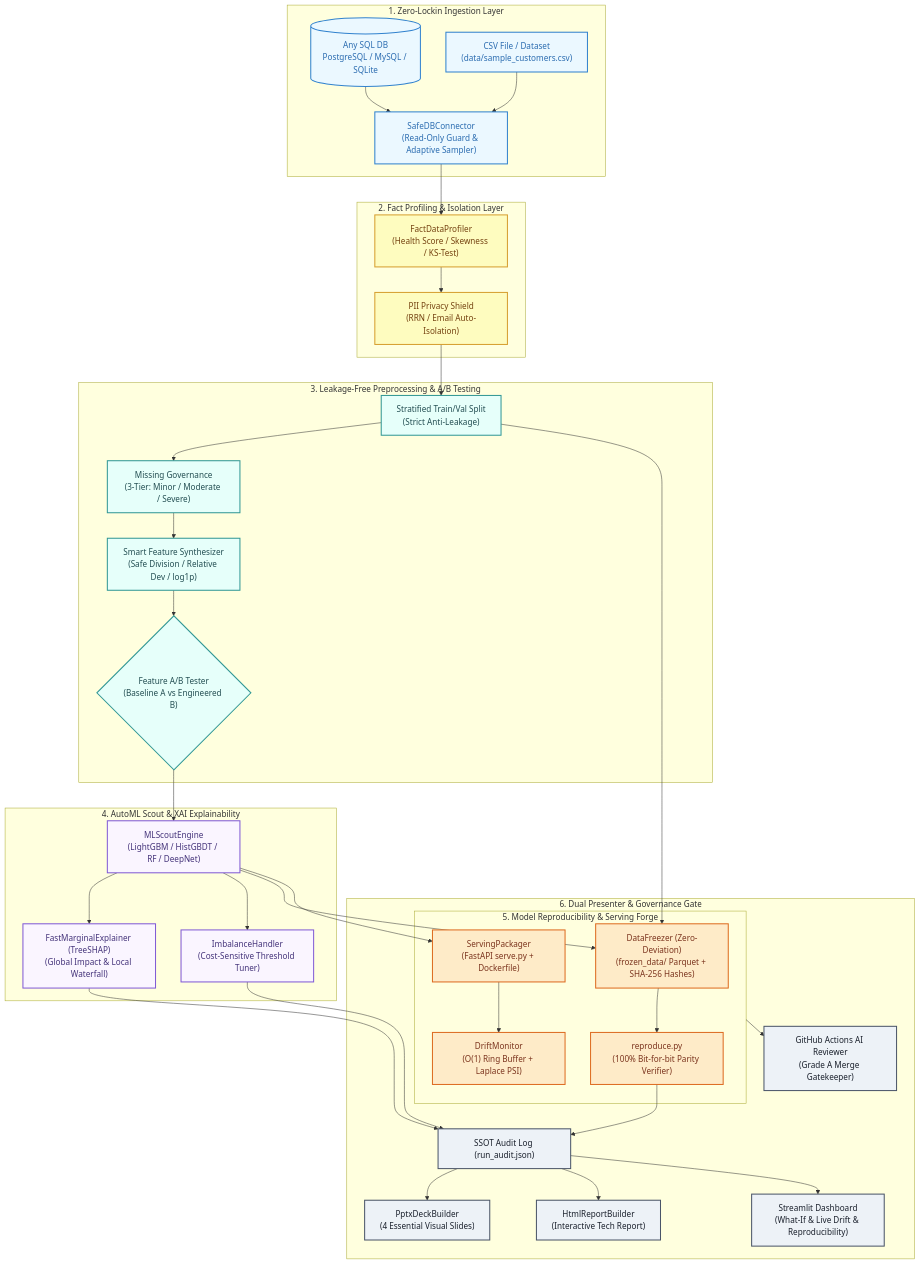
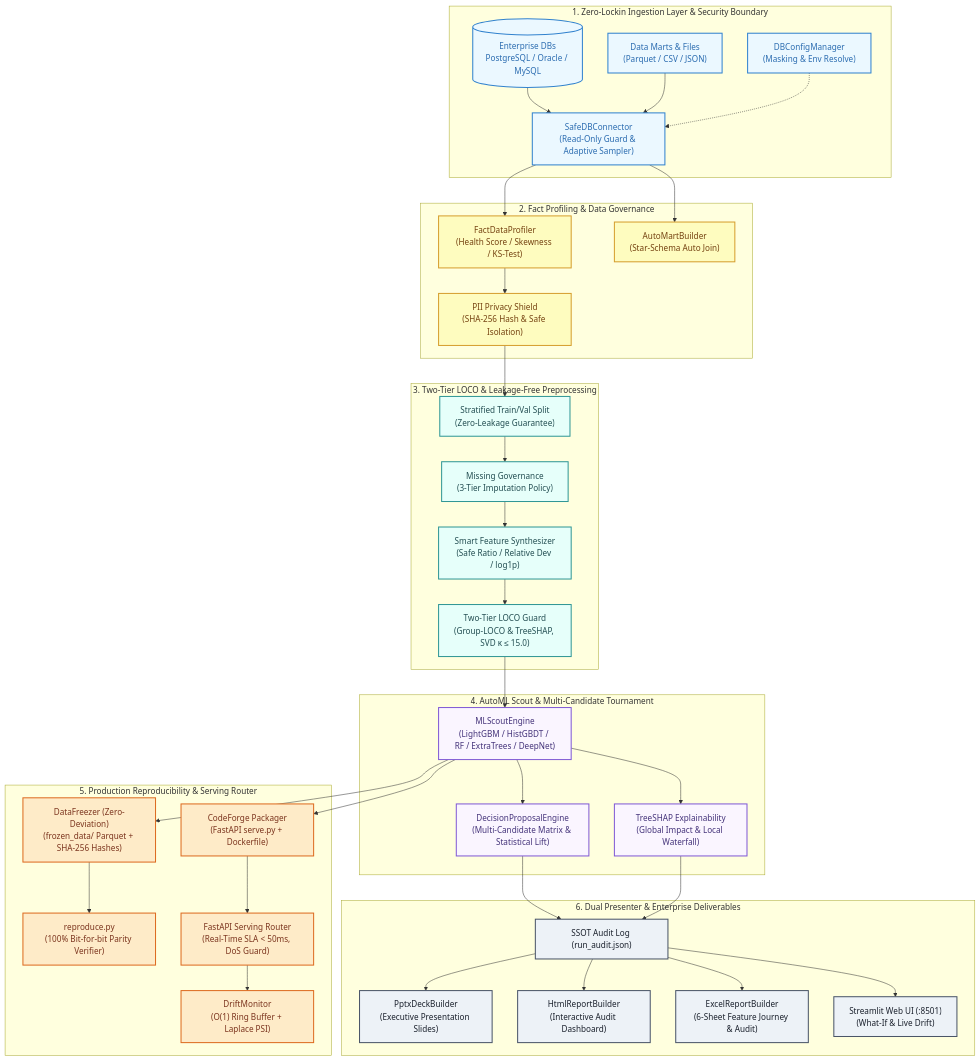
One commit to kc9302/auto-data-analyzer- changed the diagram in README.md. Above: the diagram before and after it, drawn with Mermaid. The commit also changed other lines of this file and 2 other files, not shown here.

Commit message:
docs: integrate archify enterprise architecture and interactive viewer into README

````diff
--- a/README.md
+++ b/README.md
@@ -14,54 +17,57 @@
 ```mermaid
 flowchart TB
-    subgraph L1 ["1. Zero-Lockin Ingestion Layer"]
-        DB[("Any SQL DB<br/>PostgreSQL / MySQL / SQLite")] --> SafeConn["SafeDBConnector<br/>(Read-Only Guard & Adaptive Sampler)"]
-        CSV["CSV File / Dataset<br/>(data/sample_customers.csv)"] --> SafeConn
+    subgraph Boundary1 ["1. Zero-Lockin Ingestion Layer & Security Boundary"]
+        DB[("Enterprise DBs<br/>PostgreSQL / Oracle / MySQL")] --> SafeConn["SafeDBConnector<br/>(Read-Only Guard & Adaptive Sampler)"]
+        CSV["Data Marts & Files<br/>(Parquet / CSV / JSON)"] --> SafeConn
+        Config["DBConfigManager<br/>(Masking & Env Resolve)"] -.-> SafeConn
     end
 
-    subgraph L2 ["2. Fact Profiling & Isolation Layer"]
+    subgraph Boundary2 ["2. Fact Profiling & Data Governance"]
         SafeConn --> Profiler["FactDataProfiler<br/>(Health Score / Skewness / KS-Test)"]
-        Profiler --> PII["PII Privacy Shield<br/>(RRN / Email Auto-Isolation)"]
+        Profiler --> PII["PII Privacy Shield<br/>(SHA-256 Hash & Safe Isolation)"]
+        SafeConn --> Mart["AutoMartBuilder<br/>(Star-Schema Auto Join)"]
     end
 
-    subgraph L3 ["3. Leakage-Free Preprocessing & A/B Testing"]
-        PII --> Split["Stratified Train/Val Split<br/>(Strict Anti-Leakage)"]
-        Split --> MissGov["Missing Governance<br/>(3-Tier: Minor / Moderate / Severe)"]
-        MissGov --> Synthesizer["Smart Feature Synthesizer<br/>(Safe Division / Relative Dev / log1p)"]
-        Synthesizer --> ABTest{"Feature A/B Tester<br/>(Baseline A vs Engineered B)"}
+    subgraph Boundary3 ["3. Two-Tier LOCO & Leakage-Free Preprocessing"]
+        PII --> Split["Stratified Train/Val Split<br/>(Zero-Leakage Guarantee)"]
+        Split --> MissGov["Missing Governance<br/>(3-Tier Imputation Policy)"]
+        MissGov --> Synthesizer["Smart Feature Synthesizer<br/>(Safe Ratio / Relative Dev / log1p)"]
+        Synthesizer --> LOCO["Two-Tier LOCO Guard<br/>(Group-LOCO & TreeSHAP, SVD κ ≤ 15.0)"]
     end
 
-    subgraph L4 ["4. AutoML Scout & XAI Explainability"]
-        ABTest --> MLScout["MLScoutEngine<br/>(LightGBM / HistGBDT / RF / DeepNet)"]
-        MLScout --> XAI["FastMarginalExplainer (TreeSHAP)<br/>(Global Impact & Local Waterfall)"]
-        MLScout --> Imbalance["ImbalanceHandler<br/>(Cost-Sensitive Threshold Tuner)"]
+    subgraph Boundary4 ["4. AutoML Scout & Multi-Candidate Tournament"]
+        LOCO --> MLScout["MLScoutEngine<br/>(LightGBM / HistGBDT / RF / ExtraTrees / DeepNet)"]
+        MLScout --> XAI["TreeSHAP Explainability<br/>(Global Impact & Local Waterfall)"]
+        MLScout --> Decision["DecisionProposalEngine<br/>(Multi-Candidate Matrix & Statistical Lift)"]
     end
 
-    subgraph L5 ["5. Model Reproducibility & Serving Forge"]
-        MLScout & Split --> Freezer["DataFreezer (Zero-Deviation)<br/>(frozen_data/ Parquet + SHA-256 Hashes)"]
+    subgraph Boundary5 ["5. Production Reproducibility & Serving Router"]
+        MLScout --> Freezer["DataFreezer (Zero-Deviation)<br/>(frozen_data/ Parquet + SHA-256 Hashes)"]
         Freezer --> ReproScript["reproduce.py<br/>(100% Bit-for-bit Parity Verifier)"]
-        MLScout --> Serving["ServingPackager<br/>(FastAPI serve.py + Dockerfile)"]
-        Serving --> Drift["DriftMonitor<br/>(O(1) Ring Buffer + Laplace PSI)"]
+        MLScout --> CodeForge["CodeForge Packager<br/>(FastAPI serve.py + Dockerfile)"]
+        CodeForge --> ServingRouter["FastAPI Serving Router<br/>(Real-Time SLA < 50ms, DoS Guard)"]
+        ServingRouter --> Drift["DriftMonitor<br/>(O(1) Ring Buffer + Laplace PSI)"]
     end
 
-    subgraph L6 ["6. Dual Presenter & Governance Gate"]
-        XAI & Imbalance & ReproScript --> SSOT["SSOT Audit Log (run_audit.json)"]
-        SSOT --> PPTX["PptxDeckBuilder<br/>(4 Essential Visual Slides)"]
-        SSOT --> HTML["HtmlReportBuilder<br/>(Interactive Tech Report)"]
-        SSOT --> WebUI["Streamlit Dashboard<br/>(What-If & Live Drift & Reproducibility)"]
-        L5 --> AIRecall["GitHub Actions AI Reviewer<br/>(Grade A Merge Gatekeeper)"]
+    subgraph Boundary6 ["6. Dual Presenter & Enterprise Deliverables"]
+        Decision & XAI --> SSOT["SSOT Audit Log (run_audit.json)"]
+        SSOT --> PPTX["PptxDeckBuilder<br/>(Executive Presentation Slides)"]
+        SSOT --> HTML["HtmlReportBuilder<br/>(Interactive Audit Dashboard)"]
+        SSOT --> XLSX["ExcelReportBuilder<br/>(6-Sheet Feature Journey & Audit)"]
+        SSOT --> WebUI["Streamlit Web UI (:8501)<br/>(What-If & Live Drift)"]
     end
 
     classDef ingest fill:#EBF8FF,stroke:#3182CE,stroke-width:2px,color:#2B6CB0;
     classDef prof fill:#FEFCBF,stroke:#D69E2E,stroke-width:2px,color:#744210;
     classDef prep fill:#E6FFFA,stroke:#319795,stroke-width:2px,color:#234E52;
     classDef ml fill:#FAF5FF,stroke:#805AD5,stroke-width:2px,color:#44337A;
     classDef serve fill:#FEEBC8,stroke:#DD6B20,stroke-width:2px,color:#7B341E;
     classDef pres fill:#EDF2F7,stroke:#4A5568,stroke-width:2px,color:#1A202C;
 
-    class DB,CSV,SafeConn ingest;
-    class Profiler,PII prof;
-    class Split,MissGov,Synthesizer,ABTest prep;
-    class MLScout,XAI,Imbalance ml;
-    class Freezer,ReproScript,Serving,Drift serve;
-    class SSOT,PPTX,HTML,WebUI,AIRecall pres;
+    class DB,CSV,Config,SafeConn ingest;
+    class Profiler,PII,Mart prof;
+    class Split,MissGov,Synthesizer,LOCO prep;
+    class MLScout,XAI,Decision ml;
+    class Freezer,ReproScript,CodeForge,ServingRouter,Drift serve;
+    class SSOT,PPTX,HTML,XLSX,WebUI pres;
 ```
````
